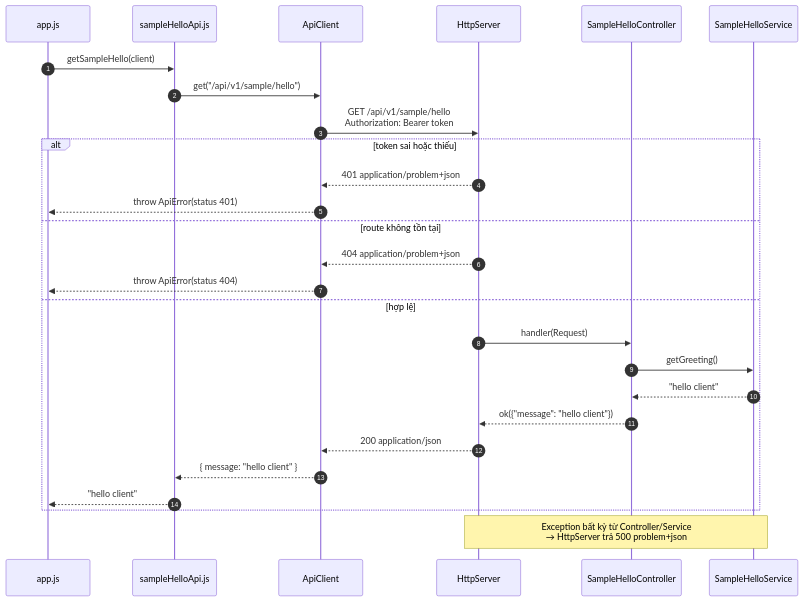
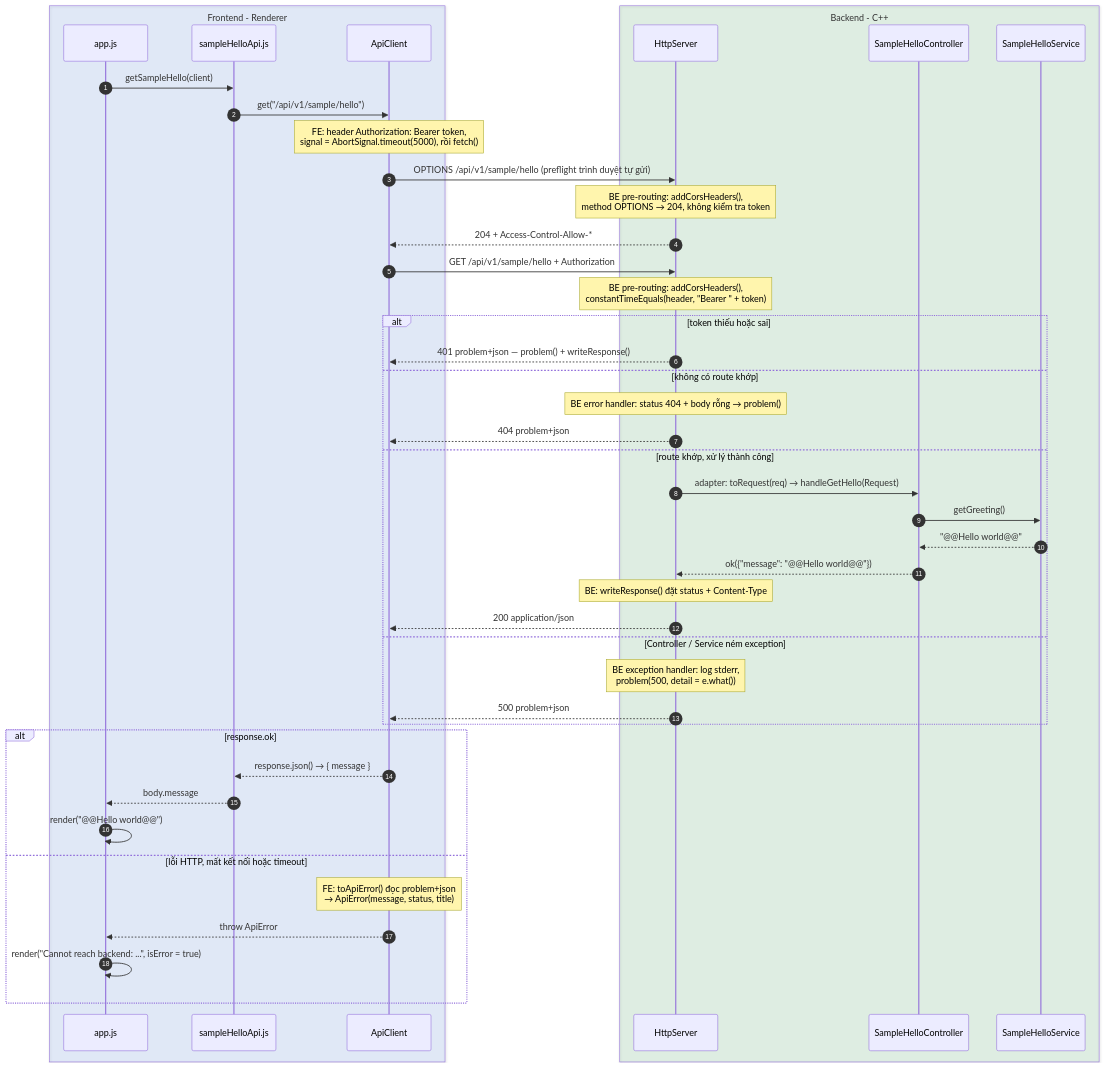
One commit to hoanglong1412/SystemLens changed the third of 4 diagrams in docs/high-level-design.md. Above: the diagram before and after it, drawn with Mermaid. The commit also changed other lines of this file and 13 other files, not shown here.

First line of the commit message:
Add master spec, LLDs and API reference; refine HLD diagrams

````diff
--- a/docs/high-level-design.md
+++ b/docs/high-level-design.md
@@ -94,30 +155,48 @@
 ```mermaid
 sequenceDiagram
     autonumber
-    participant UI as app.js
-    participant API as sampleHelloApi.js
-    participant C as ApiClient
-    participant S as HttpServer
-    participant Ctl as SampleHelloController
-    participant Svc as SampleHelloService
+    box rgba(66,133,244,0.12) Frontend - Renderer
+        participant UI as app.js
+        participant API as sampleHelloApi.js
+        participant C as ApiClient
+    end
+    box rgba(52,168,83,0.12) Backend - C++
+        participant S as HttpServer
+        participant Ctl as SampleHelloController
+        participant Svc as SampleHelloService
+    end
 
     UI->>API: getSampleHello(client)
     API->>C: get("/api/v1/sample/hello")
-    C->>S: GET /api/v1/sample/hello<br/>Authorization: Bearer token
-    alt token sai hoặc thiếu
-        S-->>C: 401 application/problem+json
-        C-->>UI: throw ApiError(status 401)
-    else route không tồn tại
-        S-->>C: 404 application/problem+json
-        C-->>UI: throw ApiError(status 404)
-    else hợp lệ
-        S->>Ctl: handler(Request)
+    Note over C: FE: header Authorization: Bearer token,<br/>signal = AbortSignal.timeout(5000), rồi fetch()
+    C->>S: OPTIONS /api/v1/sample/hello (preflight trình duyệt tự gửi)
+    Note over S: BE pre-routing: addCorsHeaders(),<br/>method OPTIONS → 204, không kiểm tra token
+    S-->>C: 204 + Access-Control-Allow-*
+    C->>S: GET /api/v1/sample/hello + Authorization
+    Note over S: BE pre-routing: addCorsHeaders(),<br/>constantTimeEquals(header, "Bearer " + token)
+    alt token thiếu hoặc sai
+        S-->>C: 401 problem+json — problem() + writeResponse()
+    else không có route khớp
+        Note over S: BE error handler: status 404 + body rỗng → problem()
+        S-->>C: 404 problem+json
+    else route khớp, xử lý thành công
+        S->>Ctl: adapter: toRequest(req) → handleGetHello(Request)
         Ctl->>Svc: getGreeting()
-        Svc-->>Ctl: "hello client"
-        Ctl-->>S: ok({"message": "hello client"})
+        Svc-->>Ctl: "@@Hello world@@"
+        Ctl-->>S: ok({"message": "@@Hello world@@"})
+        Note over S: BE: writeResponse() đặt status + Content-Type
         S-->>C: 200 application/json
-        C-->>API: { message: "hello client" }
-        API-->>UI: "hello client"
+    else Controller / Service ném exception
+        Note over S: BE exception handler: log stderr,<br/>problem(500, detail = e.what())
+        S-->>C: 500 problem+json
     end
-    Note over S,Svc: Exception bất kỳ từ Controller/Service<br/>→ HttpServer trả 500 problem+json
+    alt response.ok
+        C-->>API: response.json() → { message }
+        API-->>UI: body.message
+        UI->>UI: render("@@Hello world@@")
+    else lỗi HTTP, mất kết nối hoặc timeout
+        Note over C: FE: toApiError() đọc problem+json<br/>→ ApiError(message, status, title)
+        C-->>UI: throw ApiError
+        UI->>UI: render("Cannot reach backend: ...", isError = true)
+    end
 ```
````
